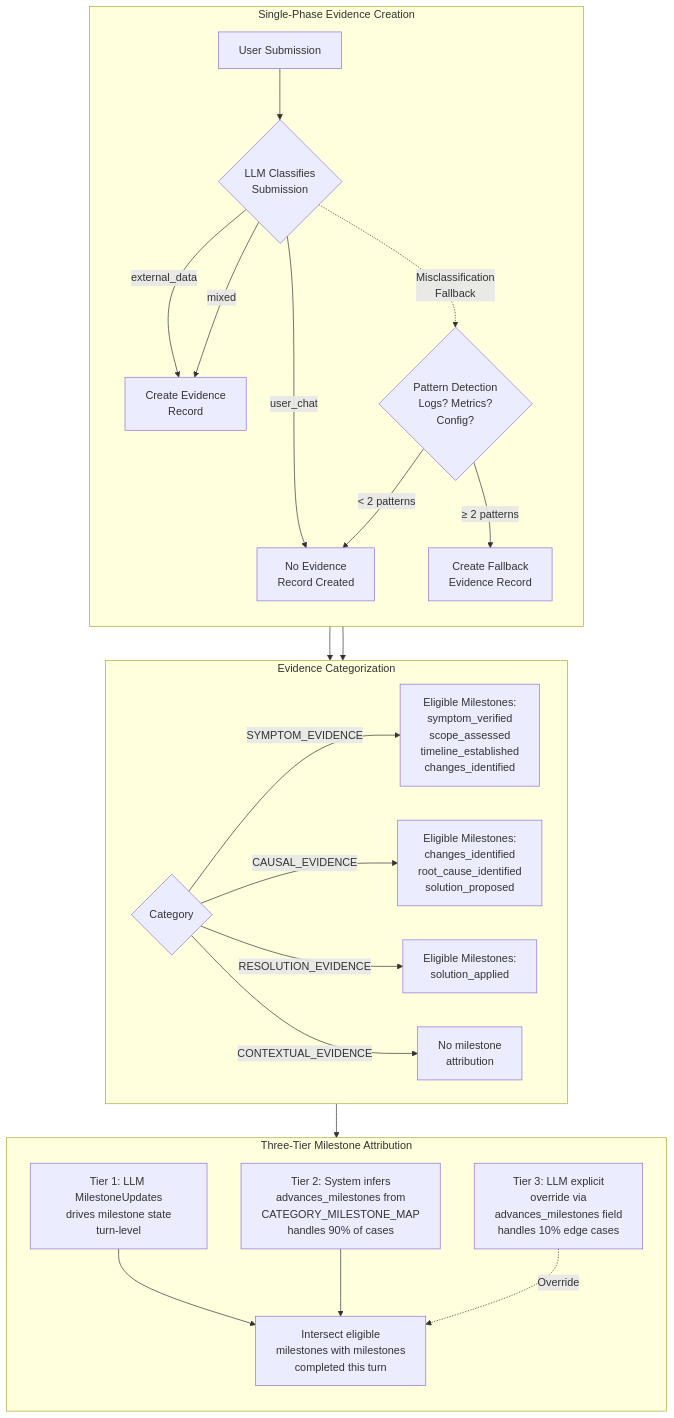
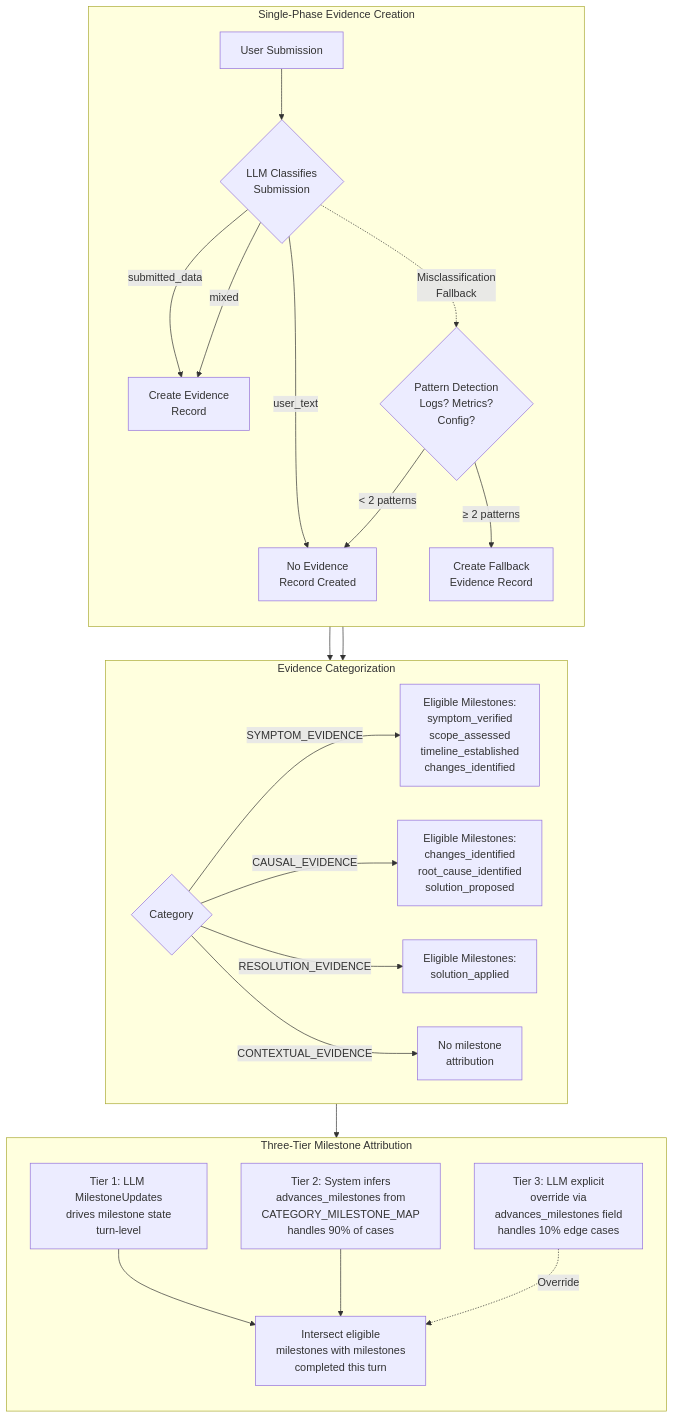
Before and after one commit to FaultMaven/faultmaven: the fifth of 7 diagrams in docs/architecture/investigation-engine/opportunistic-investigation-framework.md, drawn with Mermaid. The commit also changed other lines of this file and 66 other files, not shown here.

````diff
--- a/docs/architecture/investigation-engine/opportunistic-investigation-framework.md
+++ b/docs/architecture/investigation-engine/opportunistic-investigation-framework.md
@@ -445,38 +445,38 @@
 ```mermaid
 flowchart TD
     subgraph CLASSIFICATION [" Single-Phase Evidence Creation "]
         direction TB
         USER_MSG[User Submission] --> LLM_CLASSIFY{LLM Classifies<br/>Submission}
-        LLM_CLASSIFY -->|user_chat| NO_EVIDENCE[No Evidence<br/>Record Created]
-        LLM_CLASSIFY -->|external_data| CREATE_EV[Create Evidence<br/>Record]
+        LLM_CLASSIFY -->|user_text| NO_EVIDENCE[No Evidence<br/>Record Created]
+        LLM_CLASSIFY -->|submitted_data| CREATE_EV[Create Evidence<br/>Record]
         LLM_CLASSIFY -->|mixed| CREATE_EV
 
         LLM_CLASSIFY -.->|Misclassification<br/>Fallback| PATTERN_DETECT{Pattern Detection<br/>Logs? Metrics?<br/>Config?}
         PATTERN_DETECT -->|≥ 2 patterns| FALLBACK_EV[Create Fallback<br/>Evidence Record]
         PATTERN_DETECT -->|< 2 patterns| NO_EVIDENCE
     end
 
     CREATE_EV --> CATEGORIZE
     FALLBACK_EV --> CATEGORIZE
 
     subgraph CATEGORIZE [" Evidence Categorization "]
         direction LR
         CAT{Category}
         CAT -->|SYMPTOM_EVIDENCE| SYM[Eligible Milestones:<br/>symptom_verified<br/>scope_assessed<br/>timeline_established<br/>changes_identified]
         CAT -->|CAUSAL_EVIDENCE| CAU[Eligible Milestones:<br/>changes_identified<br/>root_cause_identified<br/>solution_proposed]
         CAT -->|RESOLUTION_EVIDENCE| RES[Eligible Milestones:<br/>solution_applied]
         CAT -->|CONTEXTUAL_EVIDENCE| CTX_EV[No milestone<br/>attribution]
     end
 
     CATEGORIZE --> ATTRIBUTION
 
     subgraph ATTRIBUTION [" Three-Tier Milestone Attribution "]
         direction TB
         T1[Tier 1: LLM MilestoneUpdates<br/>drives milestone state<br/>turn-level]
         T2[Tier 2: System infers<br/>advances_milestones from<br/>CATEGORY_MILESTONE_MAP<br/>handles 90% of cases]
         T3[Tier 3: LLM explicit<br/>override via<br/>advances_milestones field<br/>handles 10% edge cases]
         T1 --> INTERSECT[Intersect eligible<br/>milestones with milestones<br/>completed this turn]
         T2 --> INTERSECT
         T3 -.->|Override| INTERSECT
     end
 ```
````
